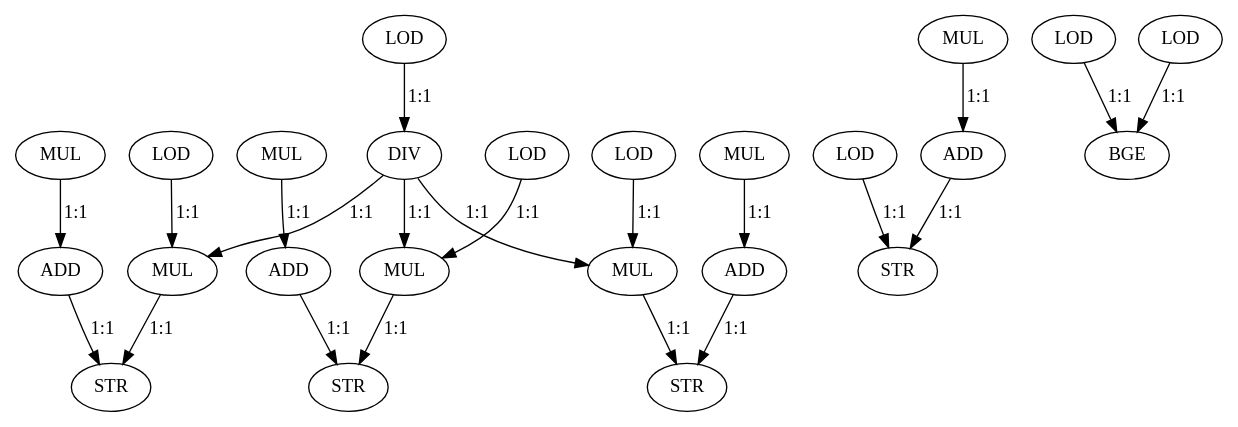
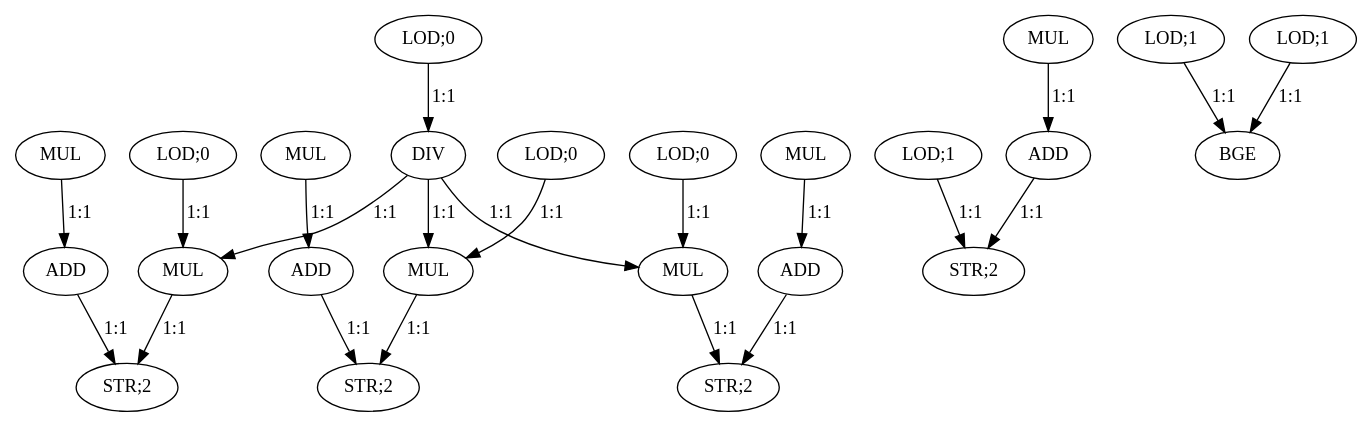
Before and after one commit to nikhilsambhus/DFGprop: the diagram in large_dfgs/Express_loadUpward/mesa_feedback_points.dot, drawn with Graphviz. The commit also changed 16 other files, not shown here.

```diff
--- a/large_dfgs/Express_loadUpward/mesa_feedback_points.dot
+++ b/large_dfgs/Express_loadUpward/mesa_feedback_points.dot
@@ -1,48 +1,48 @@
 digraph  {
-   0 [label="LOD"];
+   0 [label="LOD;0"];
    1 [label="DIV"];
-   2 [label="LOD"];
+   2 [label="LOD;0"];
    3 [label="MUL"];
    4 [label="MUL"];
    5 [label="ADD"];
-   6 [label="STR"];
-   7 [label="LOD"];
+   6 [label="STR;2"];
+   7 [label="LOD;0"];
    8 [label="MUL"];
    9 [label="MUL"];
    10 [label="ADD"];
-   11 [label="STR"];
-   12 [label="LOD"];
+   11 [label="STR;2"];
+   12 [label="LOD;0"];
    13 [label="MUL"];
    14 [label="MUL"];
    15 [label="ADD"];
-   16 [label="STR"];
-   17 [label="LOD"];
+   16 [label="STR;2"];
+   17 [label="LOD;1"];
    18 [label="MUL"];
    19 [label="ADD"];
-   20 [label="STR"];
-   21 [label="LOD"];
-   22 [label="LOD"];
+   20 [label="STR;2"];
+   21 [label="LOD;1"];
+   22 [label="LOD;1"];
    23 [label="BGE"];
 
-   0->1 [label="1:1"]
-   1->3 [label="1:1"]
-   1->8 [label="1:1"]
-   1->13 [label="1:1"]
-   2->3 [label="1:1"]
-   3->6 [label="1:1"]
-   4->5 [label="1:1"]
-   5->6 [label="1:1"]
-   7->8 [label="1:1"]
-   8->11 [label="1:1"]
-   9->10 [label="1:1"]
-   10->11 [label="1:1"]
-   12->13 [label="1:1"]
-   13->16 [label="1:1"]
-   14->15 [label="1:1"]
-   15->16 [label="1:1"]
-   17->20 [label="1:1"]
-   18->19 [label="1:1"]
-   19->20 [label="1:1"]
-   21->23 [label="1:1"]
-   22->23 [label="1:1"]
+   0->1 [label="1:1"];
+   1->3 [label="1:1"];
+   1->8 [label="1:1"];
+   1->13 [label="1:1"];
+   2->3 [label="1:1"];
+   3->6 [label="1:1"];
+   4->5 [label="1:1"];
+   5->6 [label="1:1"];
+   7->8 [label="1:1"];
+   8->11 [label="1:1"];
+   9->10 [label="1:1"];
+   10->11 [label="1:1"];
+   12->13 [label="1:1"];
+   13->16 [label="1:1"];
+   14->15 [label="1:1"];
+   15->16 [label="1:1"];
+   17->20 [label="1:1"];
+   18->19 [label="1:1"];
+   19->20 [label="1:1"];
+   21->23 [label="1:1"];
+   22->23 [label="1:1"];
 }
```
